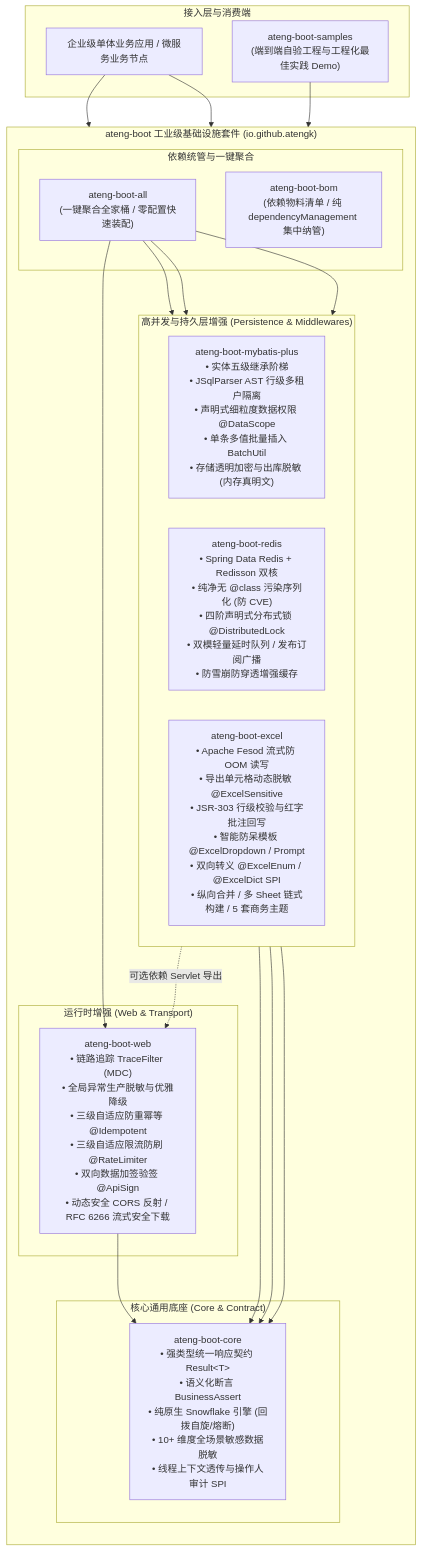
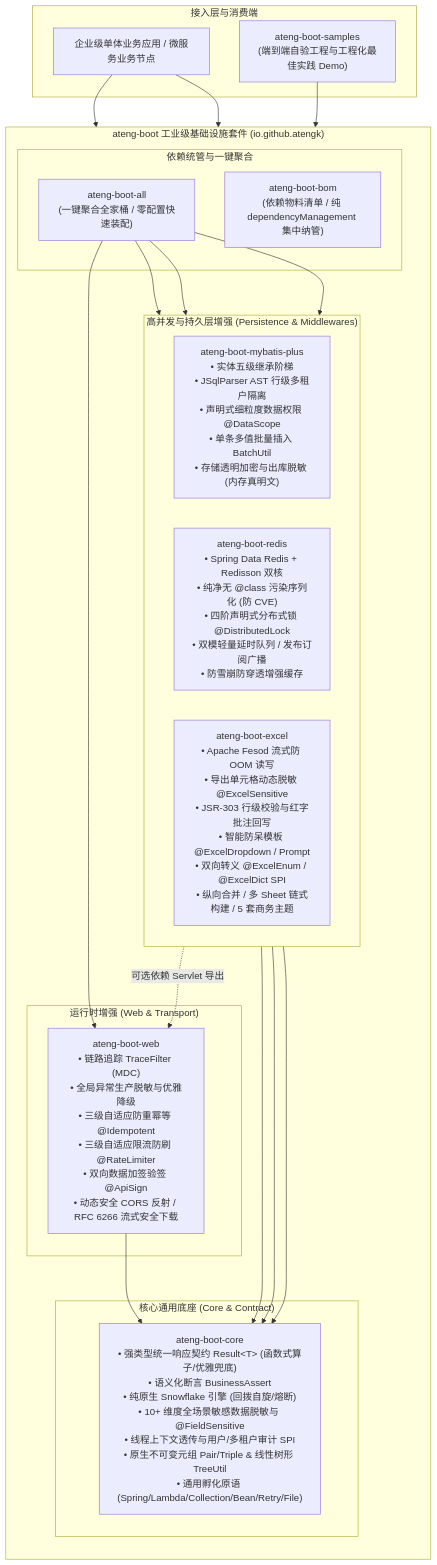
One commit to atengk/ateng-boot changed the diagram in README.md. Above: the diagram before and after it, drawn with Mermaid. The commit also changed other lines of this file and 2 other files, not shown here.

````diff
--- a/README.md
+++ b/README.md
@@ -19,44 +19,44 @@
 ```mermaid
 flowchart TB
     subgraph Client["接入层与消费端"]
         APP["企业级单体业务应用 / 微服务业务节点"]
         SAMPLES["ateng-boot-samples<br/>(端到端自验工程与工程化最佳实践 Demo)"]
     end
 
     subgraph Suite["ateng-boot 工业级基础设施套件 (io.github.atengk)"]
         direction TB
 
         subgraph Management["依赖统管与一键聚合"]
             BOM["ateng-boot-bom<br/>(依赖物料清单 / 纯 dependencyManagement 集中纳管)"]
             ALL["ateng-boot-all<br/>(一键聚合全家桶 / 零配置快速装配)"]
         end
 
         subgraph RuntimeWeb["运行时增强 (Web & Transport)"]
             WEB["ateng-boot-web<br/>• 链路追踪 TraceFilter (MDC)<br/>• 全局异常生产脱敏与优雅降级<br/>• 三级自适应防重幂等 @Idempotent<br/>• 三级自适应限流防刷 @RateLimiter<br/>• 双向数据加签验签 @ApiSign<br/>• 动态安全 CORS 反射 / RFC 6266 流式安全下载"]
         end
 
         subgraph CoreBase["核心通用底座 (Core & Contract)"]
-            CORE["ateng-boot-core<br/>• 强类型统一响应契约 Result&lt;T&gt;<br/>• 语义化断言 BusinessAssert<br/>• 纯原生 Snowflake 引擎 (回拨自旋/熔断)<br/>• 10+ 维度全场景敏感数据脱敏<br/>• 线程上下文透传与操作人审计 SPI"]
+            CORE["ateng-boot-core<br/>• 强类型统一响应契约 Result&lt;T&gt; (函数式算子/优雅兜底)<br/>• 语义化断言 BusinessAssert<br/>• 纯原生 Snowflake 引擎 (回拨自旋/熔断)<br/>• 10+ 维度全场景敏感数据脱敏与 @FieldSensitive<br/>• 线程上下文透传与用户/多租户审计 SPI<br/>• 原生不可变元组 Pair/Triple &amp; 线性树形 TreeUtil<br/>• 通用孵化原语 (Spring/Lambda/Collection/Bean/Retry/File)"]
         end
 
         subgraph Middlewares["高并发与持久层增强 (Persistence & Middlewares)"]
             direction LR
             MP["ateng-boot-mybatis-plus<br/>• 实体五级继承阶梯<br/>• JSqlParser AST 行级多租户隔离<br/>• 声明式细粒度数据权限 @DataScope<br/>• 单条多值批量插入 BatchUtil<br/>• 存储透明加密与出库脱敏 (内存真明文)"]
             REDIS["ateng-boot-redis<br/>• Spring Data Redis + Redisson 双核<br/>• 纯净无 @class 污染序列化 (防 CVE)<br/>• 四阶声明式分布式锁 @DistributedLock<br/>• 双模轻量延时队列 / 发布订阅广播<br/>• 防雪崩防穿透增强缓存"]
             EXCEL["ateng-boot-excel<br/>• Apache Fesod 流式防 OOM 读写<br/>• 导出单元格动态脱敏 @ExcelSensitive<br/>• JSR-303 行级校验与红字批注回写<br/>• 智能防呆模板 @ExcelDropdown / Prompt<br/>• 双向转义 @ExcelEnum / @ExcelDict SPI<br/>• 纵向合并 / 多 Sheet 链式构建 / 5 套商务主题"]
         end
     end
 
     APP --> BOM
     APP --> ALL
     ALL --> WEB
     ALL --> MP
     ALL --> REDIS
     ALL --> EXCEL
     WEB --> CORE
     MP --> CORE
     REDIS --> CORE
     EXCEL --> CORE
     EXCEL -.->|可选依赖 Servlet 导出| WEB
     SAMPLES --> ALL
 ```
````
